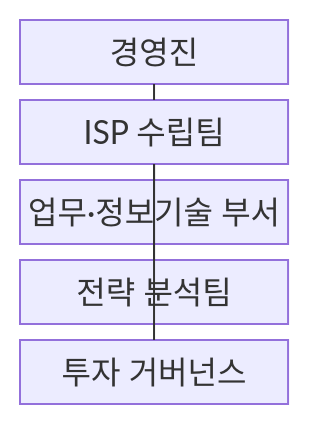
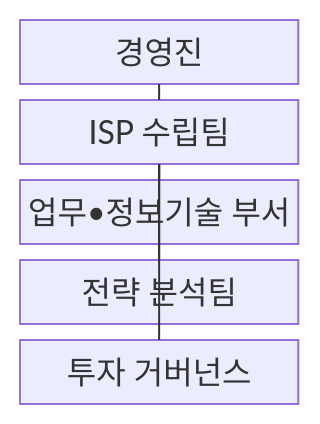
The first of 2 diagrams in src/content/docs/notes/03-software/188_isp.md (agnusdei1207/knowledge-base), drawn with Mermaid before and after one commit. The commit also changed other lines of this file and 953 other files, not shown here.

````diff
--- a/src/content/docs/notes/03-software/188_isp.md
+++ b/src/content/docs/notes/03-software/188_isp.md
@@ -66,13 +66,13 @@
 ```mermaid
 block
     columns 1
     E["경영진"]
     T["ISP 수립팀"]
-    B["업무·정보기술 부서"]
+    B["업무•정보기술 부서"]
     A["전략 분석팀"]
     G["투자 거버넌스"]
     E --- T
     T --- B
     T --- A
     T --- G
 ```
````
